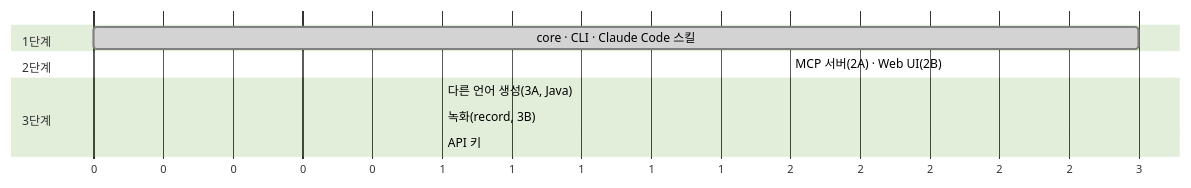
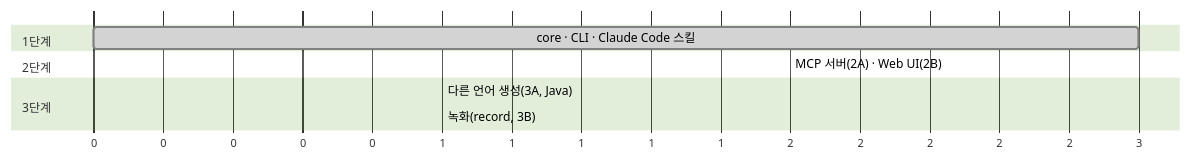
One commit to geonhos/specmock changed the tenth of 10 diagrams in docs/architecture.md. Above: the diagram before and after it, drawn with Mermaid (forest theme). The commit also changed other lines of this file and 2 other files, not shown here.

First line of the commit message:
docs: 3단계 로드맵에서 API 키 어댑터(3C) 제외를 기록

````diff
--- a/docs/architecture.md
+++ b/docs/architecture.md
@@ -222,13 +222,12 @@
 ```mermaid
 gantt
     dateFormat  X
     axisFormat  %s
     section 1단계
     core · CLI · Claude Code 스킬        :done, a1, 0, 3
     section 2단계
     MCP 서버(2A) · Web UI(2B)            :done, a2, after a1, 2
     section 3단계
     다른 언어 생성(3A, Java)             :done, a3, after a2, 1
     녹화(record, 3B)                     :done, a4, after a3, 1
-    API 키                               :a5, after a4, 1
 ```
````
